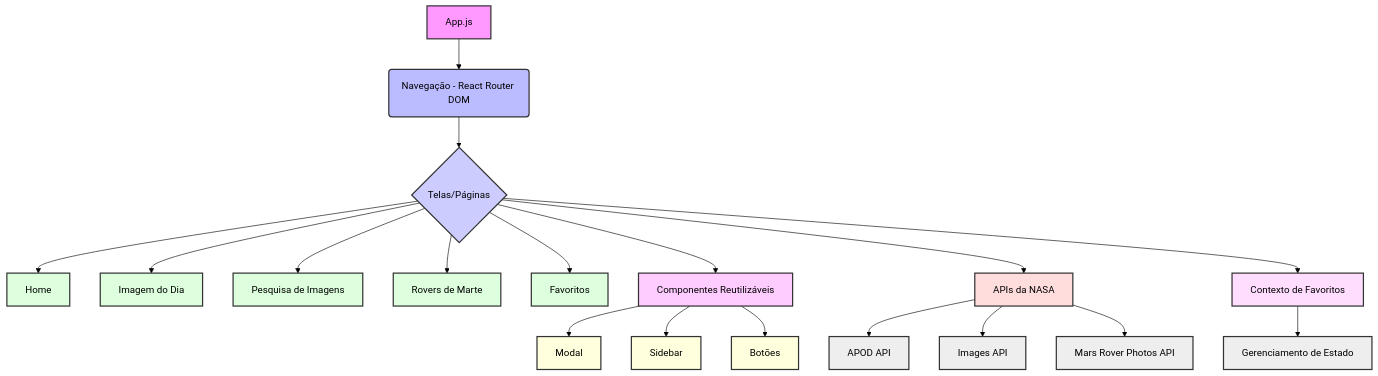
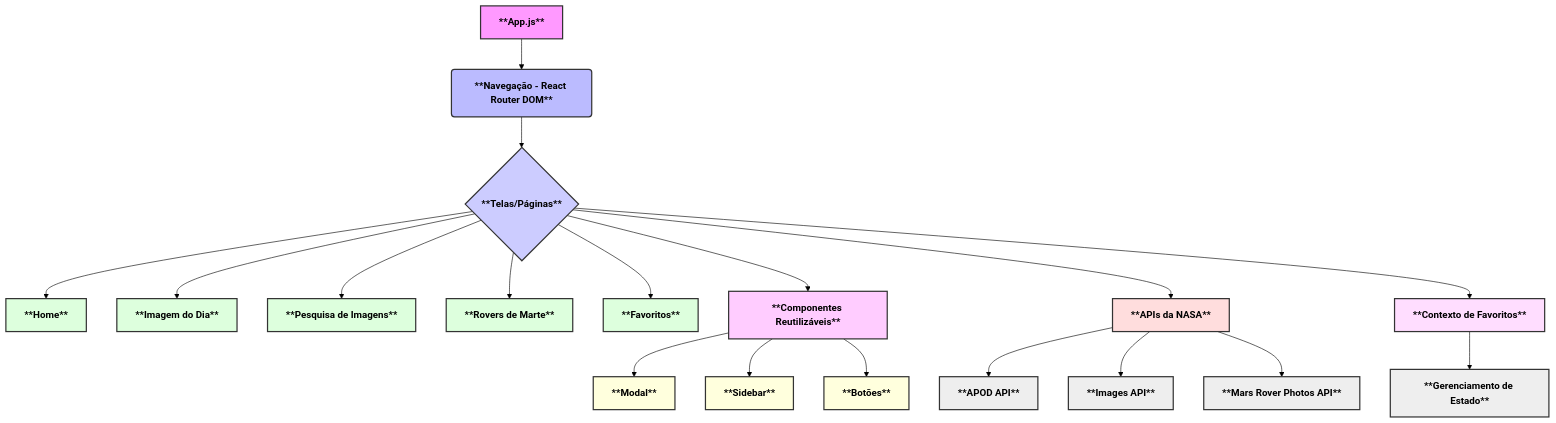
Before and after one commit to DessimA/NASA_Galery: the diagram in README.md, drawn with Mermaid (forest theme).

````diff
--- a/README.md
+++ b/README.md
@@ -40,42 +40,42 @@
 ```mermaid
 graph TD
-    A[App.js] --> B(Navegação - React Router DOM)
-    B --> C{Telas/Páginas}
-    C --> D[Home]
-    C --> E[Imagem do Dia]
-    C --> F[Pesquisa de Imagens]
-    C --> G[Rovers de Marte]
-    C --> H[Favoritos]
+    A[**App.js**] --> B(**Navegação - React Router DOM**)
+    B --> C{**Telas/Páginas**}
+    C --> D[**Home**]
+    C --> E[**Imagem do Dia**]
+    C --> F[**Pesquisa de Imagens**]
+    C --> G[**Rovers de Marte**]
+    C --> H[**Favoritos**]
 
-    C --> I[Componentes Reutilizáveis]
-    I --> J[Modal]
-    I --> K[Sidebar]
-    I --> L[Botões]
+    C --> I[**Componentes Reutilizáveis**]
+    I --> J[**Modal**]
+    I --> K[**Sidebar**]
+    I --> L[**Botões**]
 
-    C --> M[APIs da NASA]
-    M --> N[APOD API]
-    M --> O[Images API]
-    M --> P[Mars Rover Photos API]
+    C --> M[**APIs da NASA**]
+    M --> N[**APOD API**]
+    M --> O[**Images API**]
+    M --> P[**Mars Rover Photos API**]
 
-    C --> Q[Contexto de Favoritos]
-    Q --> R[Gerenciamento de Estado]
+    C --> Q[**Contexto de Favoritos**]
+    Q --> R[**Gerenciamento de Estado**]
 
-    style A fill:#f9f,stroke:#333,stroke-width:2px
-    style B fill:#bbf,stroke:#333,stroke-width:2px
-    style C fill:#ccf,stroke:#333,stroke-width:2px
-    style D fill:#dfd,stroke:#333,stroke-width:2px
-    style E fill:#dfd,stroke:#333,stroke-width:2px
-    style F fill:#dfd,stroke:#333,stroke-width:2px
-    style G fill:#dfd,stroke:#333,stroke-width:2px
-    style H fill:#dfd,stroke:#333,stroke-width:2px
-    style I fill:#fcf,stroke:#333,stroke-width:2px
-    style J fill:#ffd,stroke:#333,stroke-width:2px
-    style K fill:#ffd,stroke:#333,stroke-width:2px
-    style L fill:#ffd,stroke:#333,stroke-width:2px
-    style M fill:#fdd,stroke:#333,stroke-width:2px
-    style N fill:#eee,stroke:#333,stroke-width:2px
-    style O fill:#eee,stroke:#333,stroke-width:2px
-    style P fill:#eee,stroke:#333,stroke-width:2px
-    style Q fill:#fdf,stroke:#333,stroke-width:2px
-    style R fill:#eee,stroke:#333,stroke-width:2px
+    style A fill:#f9f,stroke:#333,stroke-width:2px,font-weight:bold
+    style B fill:#bbf,stroke:#333,stroke-width:2px,font-weight:bold
+    style C fill:#ccf,stroke:#333,stroke-width:2px,font-weight:bold
+    style D fill:#dfd,stroke:#333,stroke-width:2px,font-weight:bold
+    style E fill:#dfd,stroke:#333,stroke-width:2px,font-weight:bold
+    style F fill:#dfd,stroke:#333,stroke-width:2px,font-weight:bold
+    style G fill:#dfd,stroke:#333,stroke-width:2px,font-weight:bold
+    style H fill:#dfd,stroke:#333,stroke-width:2px,font-weight:bold
+    style I fill:#fcf,stroke:#333,stroke-width:2px,font-weight:bold
+    style J fill:#ffd,stroke:#333,stroke-width:2px,font-weight:bold
+    style K fill:#ffd,stroke:#333,stroke-width:2px,font-weight:bold
+    style L fill:#ffd,stroke:#333,stroke-width:2px,font-weight:bold
+    style M fill:#fdd,stroke:#333,stroke-width:2px,font-weight:bold
+    style N fill:#eee,stroke:#333,stroke-width:2px,font-weight:bold
+    style O fill:#eee,stroke:#333,stroke-width:2px,font-weight:bold
+    style P fill:#eee,stroke:#333,stroke-width:2px,font-weight:bold
+    style Q fill:#fdf,stroke:#333,stroke-width:2px,font-weight:bold
+    style R fill:#eee,stroke:#333,stroke-width:2px,font-weight:bold
 ```
````
